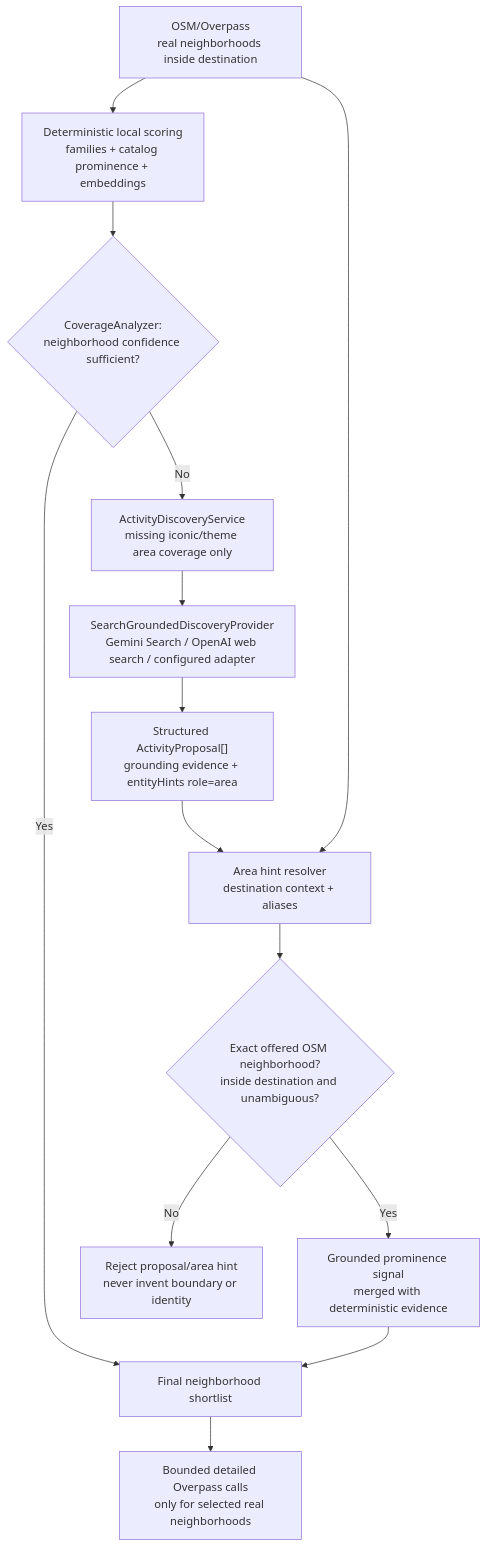
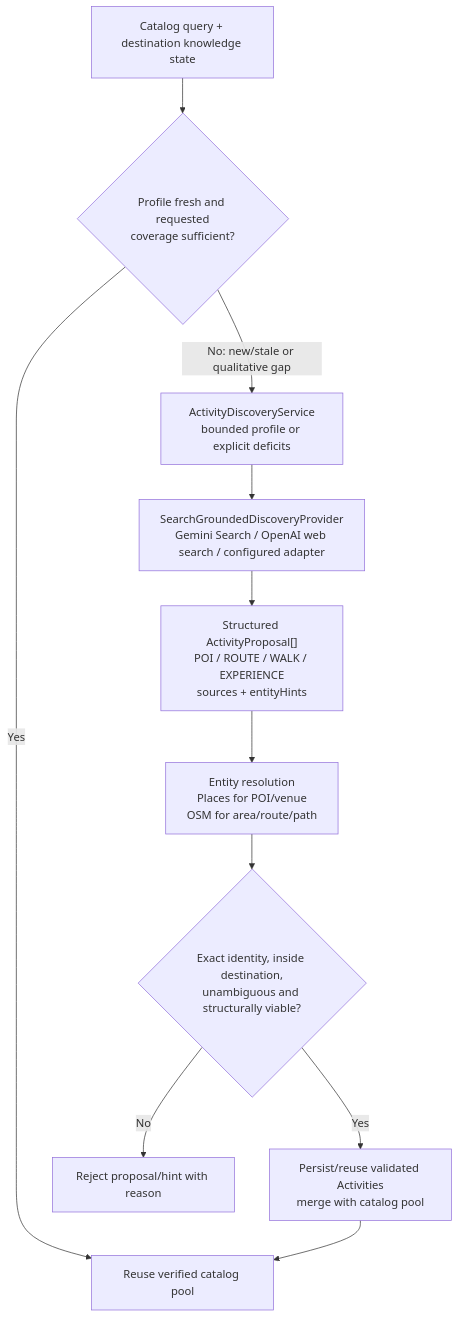
Before and after one commit to entity-builders-labs/zig-zag: diagram 14 of 14 in docs/architecture/activity-discovery-and-tour-generation.md, drawn with Mermaid. The commit also changed other lines of this file and 51 other files, not shown here.

````diff
--- a/docs/architecture/activity-discovery-and-tour-generation.md
+++ b/docs/architecture/activity-discovery-and-tour-generation.md
@@ -699,16 +945,13 @@
 ```mermaid
 flowchart TD
-    OSM["OSM/Overpass<br/>real neighborhoods inside destination"] --> LOCAL["Deterministic local scoring<br/>families + catalog prominence + embeddings"]
-    LOCAL --> COVER{"CoverageAnalyzer:<br/>neighborhood confidence sufficient?"}
-    COVER -- Yes --> RANK["Final neighborhood shortlist"]
-    COVER -- No --> DISC["ActivityDiscoveryService<br/>missing iconic/theme area coverage only"]
+    CAT["Catalog query + destination knowledge state"] --> COVER{"Profile fresh and requested<br/>coverage sufficient?"}
+    COVER -- Yes --> POOL["Reuse verified catalog pool"]
+    COVER -- "No: new/stale or qualitative gap" --> DISC["ActivityDiscoveryService<br/>bounded profile or explicit deficits"]
     DISC --> GROUND["SearchGroundedDiscoveryProvider<br/>Gemini Search / OpenAI web search / configured adapter"]
-    GROUND --> PROP["Structured ActivityProposal[]<br/>grounding evidence + entityHints role=area"]
-    PROP --> RESOLVE["Area hint resolver<br/>destination context + aliases"]
-    OSM --> RESOLVE
-    RESOLVE --> VALID{"Exact offered OSM neighborhood?<br/>inside destination and unambiguous?"}
-    VALID -- No --> DROP["Reject proposal/area hint<br/>never invent boundary or identity"]
-    VALID -- Yes --> MERGE["Grounded prominence signal<br/>merged with deterministic evidence"]
-    MERGE --> RANK
-    RANK --> DETAIL["Bounded detailed Overpass calls<br/>only for selected real neighborhoods"]
+    GROUND --> PROP["Structured ActivityProposal[]<br/>POI / ROUTE / WALK / EXPERIENCE<br/>sources + entityHints"]
+    PROP --> RESOLVE["Entity resolution<br/>Places for POI/venue<br/>OSM for area/route/path"]
+    RESOLVE --> VALID{"Exact identity, inside destination,<br/>unambiguous and structurally viable?"}
+    VALID -- No --> DROP["Reject proposal/hint with reason"]
+    VALID -- Yes --> MERGE["Persist/reuse validated Activities<br/>merge with catalog pool"]
+    MERGE --> POOL
 ```
````
